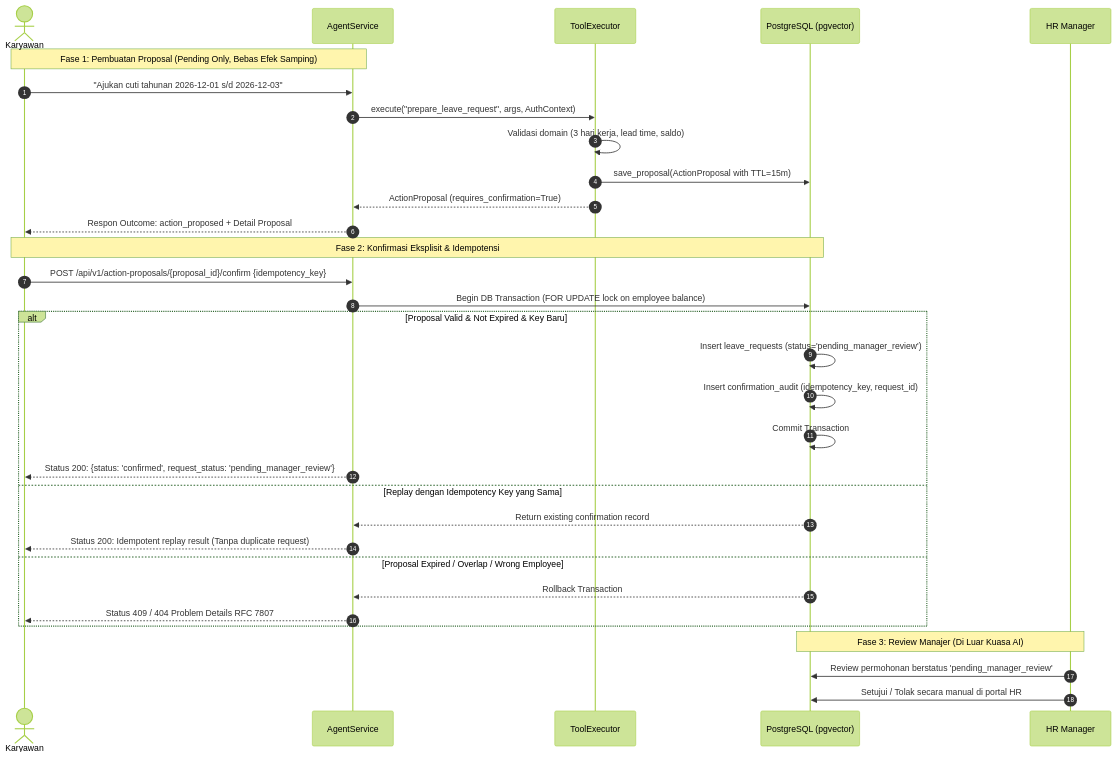
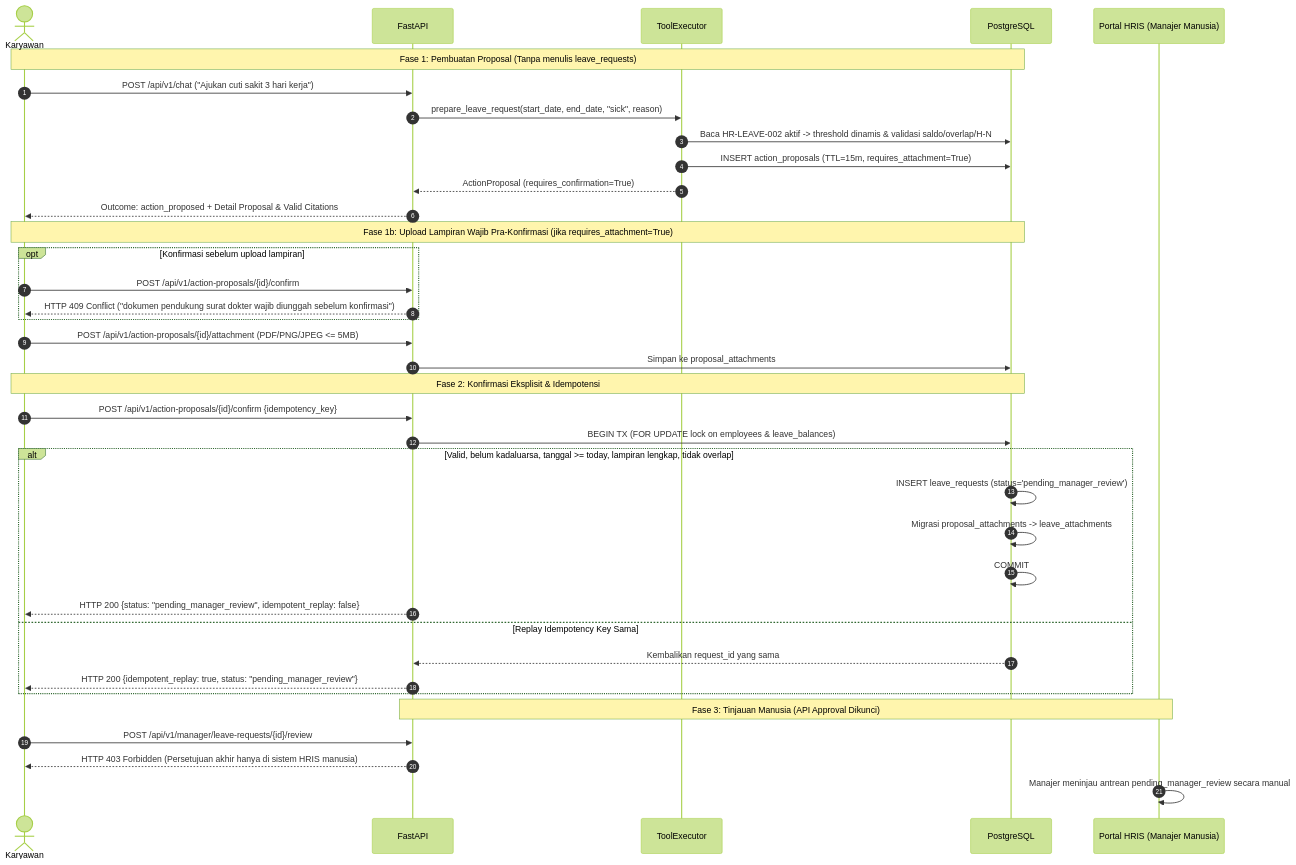
The fourth of 6 diagrams in milestone2-HR-Agent/architecture.md (azbayou/AIEN-RMT002-BayuAziz), drawn with Mermaid (forest theme) before and after one commit. The commit also changed other lines of this file and 41 other files, not shown here.

````diff
--- a/milestone2-HR-Agent/architecture.md
+++ b/milestone2-HR-Agent/architecture.md
@@ -175,37 +188,43 @@
 ```mermaid
 sequenceDiagram
     autonumber
     actor Employee as Karyawan
-    participant Agent as AgentService
+    participant API as FastAPI
     participant Tools as ToolExecutor
-    participant DB as PostgreSQL (pgvector)
-    participant Manager as HR Manager
+    participant DB as PostgreSQL
+    participant HRIS as Portal HRIS (Manajer Manusia)
 
-    Note over Employee,Agent: Fase 1: Pembuatan Proposal (Pending Only, Bebas Efek Samping)
-    Employee->>Agent: "Ajukan cuti tahunan 2026-12-01 s/d 2026-12-03"
-    Agent->>Tools: execute("prepare_leave_request", args, AuthContext)
-    Tools->>Tools: Validasi domain (3 hari kerja, lead time, saldo)
-    Tools->>DB: save_proposal(ActionProposal with TTL=15m)
-    Tools-->>Agent: ActionProposal (requires_confirmation=True)
-    Agent-->>Employee: Respon Outcome: action_proposed + Detail Proposal
+    Note over Employee,DB: Fase 1: Pembuatan Proposal (Tanpa menulis leave_requests)
+    Employee->>API: POST /api/v1/chat ("Ajukan cuti sakit 3 hari kerja")
+    API->>Tools: prepare_leave_request(start_date, end_date, "sick", reason)
+    Tools->>DB: Baca HR-LEAVE-002 aktif -> threshold dinamis & validasi saldo/overlap/H-N
+    Tools->>DB: INSERT action_proposals (TTL=15m, requires_attachment=True)
+    Tools-->>API: ActionProposal (requires_confirmation=True)
+    API-->>Employee: Outcome: action_proposed + Detail Proposal & Valid Citations
+
+    Note over Employee,DB: Fase 1b: Upload Lampiran Wajib Pra-Konfirmasi (jika requires_attachment=True)
+    opt Konfirmasi sebelum upload lampiran
+        Employee->>API: POST /api/v1/action-proposals/{id}/confirm
+        API-->>Employee: HTTP 409 Conflict ("dokumen pendukung surat dokter wajib diunggah sebelum konfirmasi")
+    end
+    Employee->>API: POST /api/v1/action-proposals/{id}/attachment (PDF/PNG/JPEG <= 5MB)
+    API->>DB: Simpan ke proposal_attachments
 
     Note over Employee,DB: Fase 2: Konfirmasi Eksplisit & Idempotensi
-    Employee->>Agent: POST /api/v1/action-proposals/{proposal_id}/confirm {idempotency_key}
-    Agent->>DB: Begin DB Transaction (FOR UPDATE lock on employee balance)
-    alt Proposal Valid & Not Expired & Key Baru
-        DB->>DB: Insert leave_requests (status='pending_manager_review')
-        DB->>DB: Insert confirmation_audit (idempotency_key, request_id)
-        DB->>DB: Commit Transaction
-        Agent-->>Employee: Status 200: {status: 'confirmed', request_status: 'pending_manager_review'}
-    else Replay dengan Idempotency Key yang Sama
-        DB-->>Agent: Return existing confirmation record
-        Agent-->>Employee: Status 200: Idempotent replay result (Tanpa duplicate request)
-    else Proposal Expired / Overlap / Wrong Employee
-        DB-->>Agent: Rollback Transaction
-        Agent-->>Employee: Status 409 / 404 Problem Details RFC 7807
+    Employee->>API: POST /api/v1/action-proposals/{id}/confirm {idempotency_key}
+    API->>DB: BEGIN TX (FOR UPDATE lock on employees & leave_balances)
+    alt Valid, belum kadaluarsa, tanggal >= today, lampiran lengkap, tidak overlap
+        DB->>DB: INSERT leave_requests (status='pending_manager_review')
+        DB->>DB: Migrasi proposal_attachments -> leave_attachments
+        DB->>DB: COMMIT
+        API-->>Employee: HTTP 200 {status: "pending_manager_review", idempotent_replay: false}
+    else Replay Idempotency Key Sama
+        DB-->>API: Kembalikan request_id yang sama
+        API-->>Employee: HTTP 200 {idempotent_replay: true, status: "pending_manager_review"}
     end
 
-    Note over DB,Manager: Fase 3: Review Manajer (Di Luar Kuasa AI)
-    Manager->>DB: Review permohonan berstatus 'pending_manager_review'
-    Manager->>DB: Setujui / Tolak secara manual di portal HR
+    Note over API,HRIS: Fase 3: Tinjauan Manusia (API Approval Dikunci)
+    Employee->>API: POST /api/v1/manager/leave-requests/{id}/review
+    API-->>Employee: HTTP 403 Forbidden (Persetujuan akhir hanya di sistem HRIS manusia)
+    HRIS->>HRIS: Manajer meninjau antrean pending_manager_review secara manual
 ```
````
